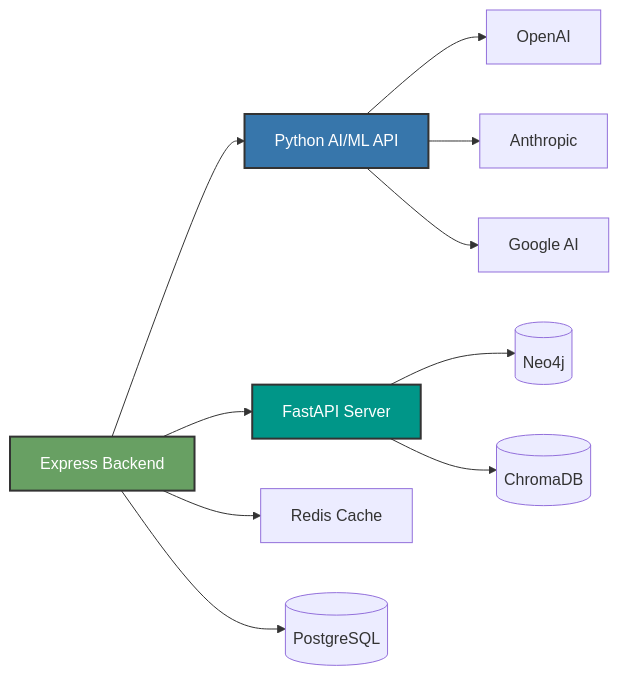
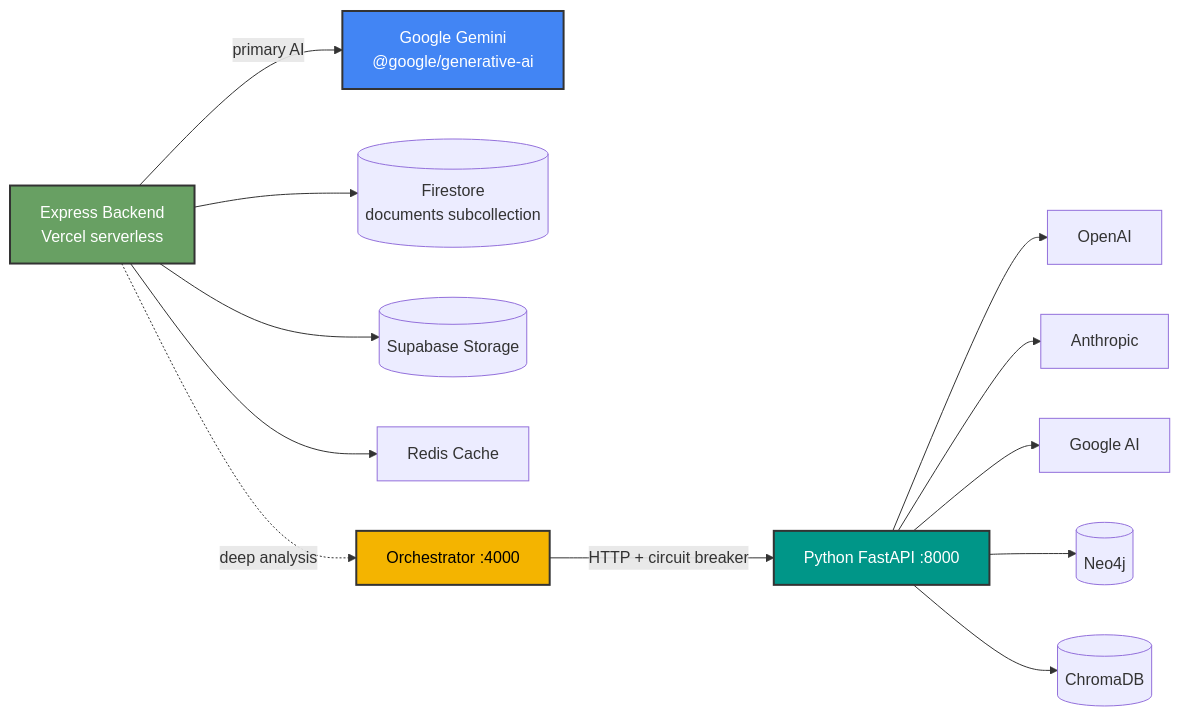
One commit to Derek-miranda/DocuThinker-AI changed diagram 22 of 40 in ARCHITECTURE.md. Above: the diagram before and after it, drawn with Mermaid. The commit also changed other lines of this file and 73 other files, not shown here.

Commit message:
feat: integrate Supabase for document storage and add cache handling

````diff
--- a/ARCHITECTURE.md
+++ b/ARCHITECTURE.md
@@ -1440,18 +1799,20 @@
 ```mermaid
 graph LR
-    EXPRESS[Express Backend] --> PYTHON[Python AI/ML API]
-    EXPRESS --> FASTAPI[FastAPI Server]
+    EXPRESS[Express Backend<br/>Vercel serverless] -->|primary AI| GEMINI_BE[Google Gemini<br/>@google/generative-ai]
+    EXPRESS --> FIRESTORE[(Firestore<br/>documents subcollection)]
+    EXPRESS --> SUPA[(Supabase Storage)]
     EXPRESS --> REDIS[Redis Cache]
-    EXPRESS --> POSTGRES[(PostgreSQL)]
+    EXPRESS -.->|deep analysis| ORCH[Orchestrator :4000]
 
-    PYTHON --> OPENAI[OpenAI]
-    PYTHON --> ANTHROPIC[Anthropic]
-    PYTHON --> GEMINI[Google AI]
-
+    ORCH -->|HTTP + circuit breaker| FASTAPI[Python FastAPI :8000]
+    FASTAPI --> OPENAI[OpenAI]
+    FASTAPI --> ANTHROPIC[Anthropic]
+    FASTAPI --> GEMINI[Google AI]
     FASTAPI --> NEO4J[(Neo4j)]
     FASTAPI --> CHROMA[(ChromaDB)]
 
     style EXPRESS fill:#68A063,stroke:#333,stroke-width:2px,color:#fff
-    style PYTHON fill:#3776AB,stroke:#333,stroke-width:2px,color:#fff
+    style ORCH fill:#F4B400,stroke:#333,stroke-width:2px,color:#000
     style FASTAPI fill:#009688,stroke:#333,stroke-width:2px,color:#fff
+    style GEMINI_BE fill:#4285F4,stroke:#333,stroke-width:2px,color:#fff
 ```
````
